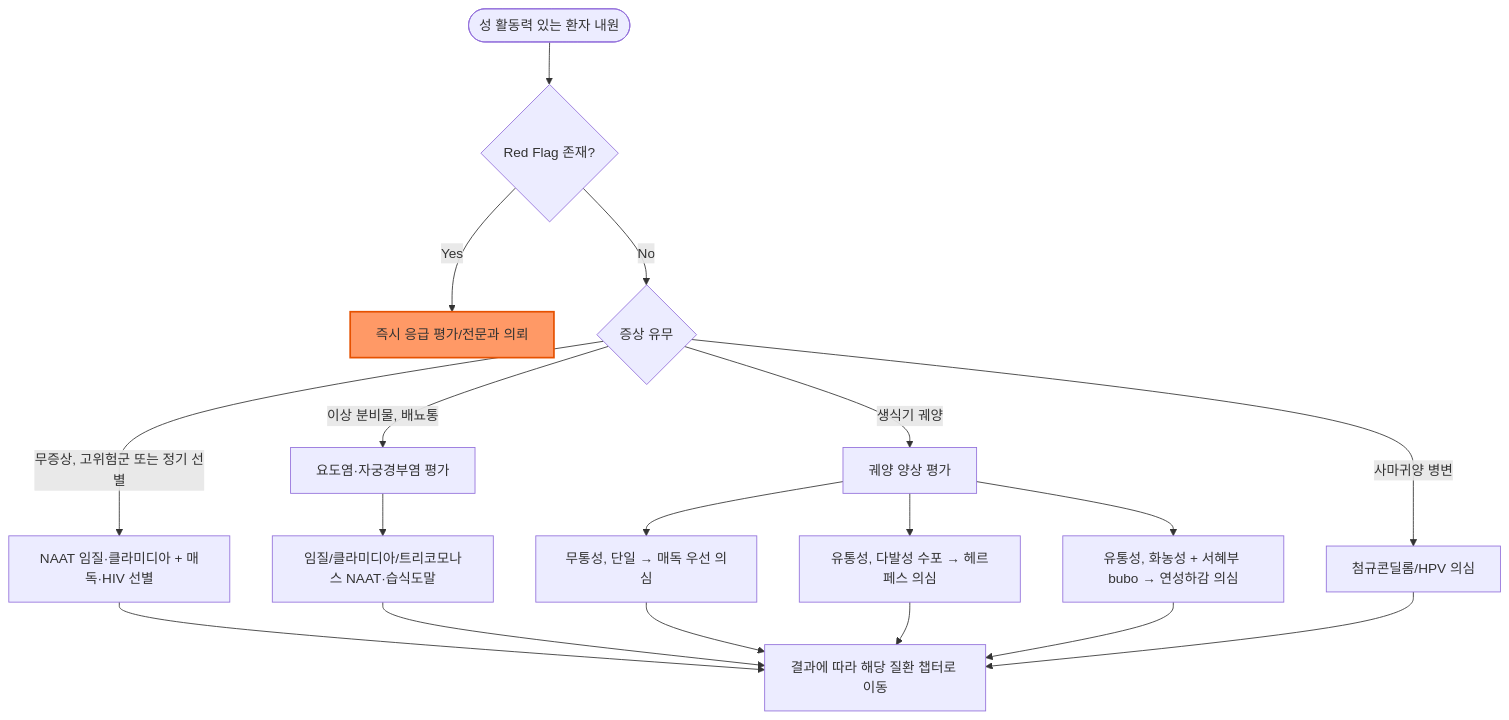
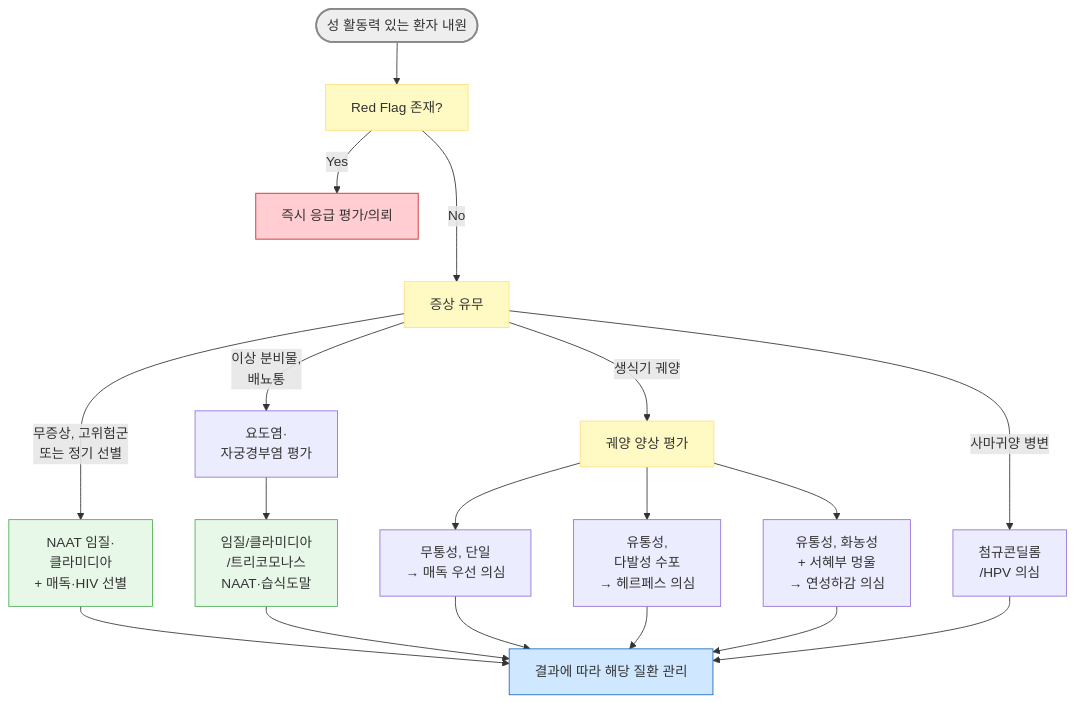
Before and after one commit to familyoh77/familyoh77: the diagram in 227_/115_-1.STI.md, drawn with Mermaid. The commit also changed other lines of this file and 1 other file, not shown here.

Commit message:
GITBOOK-1320: No subject

````diff
--- a/227_/115_-1.STI.md
+++ b/227_/115_-1.STI.md
@@ -92,21 +92,28 @@
 ```mermaid
 graph TD
-    A([성 활동력 있는 환자 내원]) --> B{Red Flag 존재?}
-    B -- Yes --> C[즉시 응급 평가/전문과 의뢰]
-    B -- No --> D{증상 유무}
-    D -- 무증상, 고위험군 또는 정기 선별 --> E[NAAT 임질·클라미디아 + 매독·HIV 선별]
-    D -- 이상 분비물, 배뇨통 --> F[요도염·자궁경부염 평가]
-    F --> F1[임질/클라미디아/트리코모나스 NAAT·습식도말]
+    A([성 활동력 있는 환자 내원]) --> B[Red Flag 존재?]
+    B -- Yes --> C[즉시 응급 평가/의뢰]
+    B -- No ---> D[증상 유무]
+    D -- 무증상, 고위험군 <br/>또는 정기 선별 --> E[NAAT 임질·<br/>클라미디아 <br/>+ 매독·HIV 선별]
+    D -- 이상 분비물, <br/>배뇨통 --> F[요도염·<br/>자궁경부염 평가]
+    F --> F1[임질/클라미디아<br/>/트리코모나스 <br/>NAAT·습식도말]
     D -- 생식기 궤양 --> G[궤양 양상 평가]
-    G --> G1[무통성, 단일 → 매독 우선 의심]
-    G --> G2[유통성, 다발성 수포 → 헤르페스 의심]
-    G --> G3[유통성, 화농성 + 서혜부 bubo → 연성하감 의심]
-    D -- 사마귀양 병변 --> H[첨규콘딜롬/HPV 의심]
-    E --> I[결과에 따라 해당 질환 챕터로 이동]
+    G --> G1[무통성, 단일 <br/>→ 매독 우선 의심]
+    G --> G2[유통성, <br/>다발성 수포 <br/>→ 헤르페스 의심]
+    G --> G3[유통성, 화농성 <br/>+ 서혜부 멍울 <br/>→ 연성하감 의심]
+    D -- 사마귀양 병변 --> H[첨규콘딜롬<br/>/HPV 의심]
+    E --> I[결과에 따라 해당 질환 관리]
     F1 --> I
     G1 --> I
     G2 --> I
     G3 --> I
     H --> I
-    style C fill:#f96,stroke:#e65100,stroke-width:2px
+
+style A fill:#eeeeee,stroke:#888888,stroke-width:2px
+classDef yellow fill:#fff9c4,stroke:#ffe082
+class B,D,G yellow
+style C fill:#ffcdd2,stroke:#c62828
+classDef lightGreen fill:#e8f8e8,stroke:#4caf50
+class F1,E lightGreen
+style I fill:#d0e8ff,stroke:#1a6abf
 ```
````
